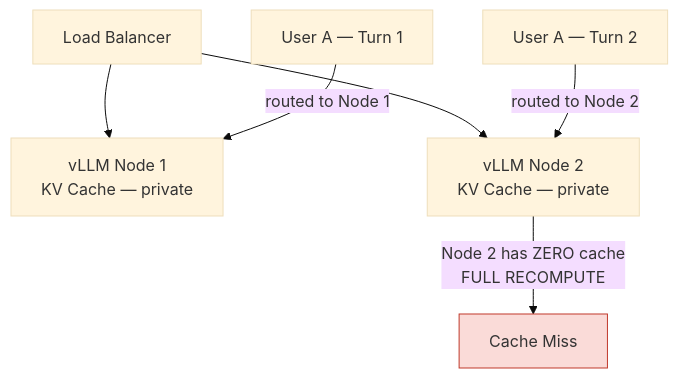
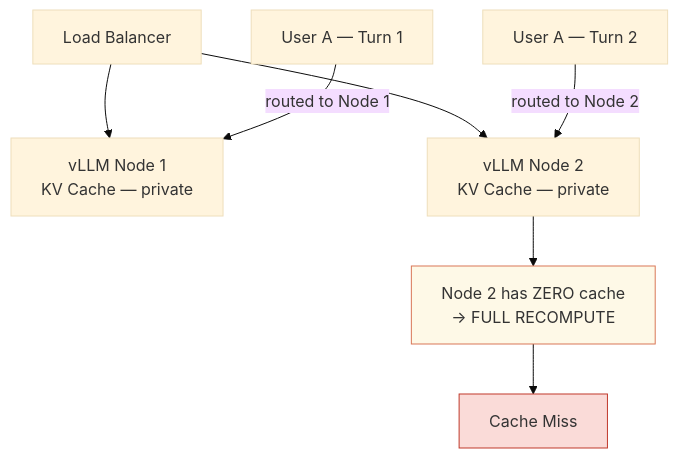
Before and after one commit to sac34333/aiharness: the first of 2 diagrams in docs/guide/kv-cache.md, drawn with Mermaid (base theme).

Commit message:
Fix multi-node diagram: use br/ for node labels, move edge text into dedicated node

````diff
--- a/docs/guide/kv-cache.md
+++ b/docs/guide/kv-cache.md
@@ -84,12 +84,14 @@
 ```mermaid
 graph TD
     LB["Load Balancer"]
-    LB --> N1["vLLM Node 1\nKV Cache — private"]
-    LB --> N2["vLLM Node 2\nKV Cache — private"]
+    LB --> N1["vLLM Node 1<br/>KV Cache — private"]
+    LB --> N2["vLLM Node 2<br/>KV Cache — private"]
 
     U1["User A — Turn 1"] -->|routed to Node 1| N1
     U1T2["User A — Turn 2"] -->|routed to Node 2| N2
-    N2 -->|"Node 2 has ZERO cache\nFULL RECOMPUTE"| MISS["Cache Miss"]
+    N2 --> NOTE["Node 2 has ZERO cache<br/>→ FULL RECOMPUTE"]
+    NOTE --> MISS["Cache Miss"]
 
     style MISS fill:#FADBD8,stroke:#C0392B
+    style NOTE fill:#FEF9E7,stroke:#D97757
 ```
````
